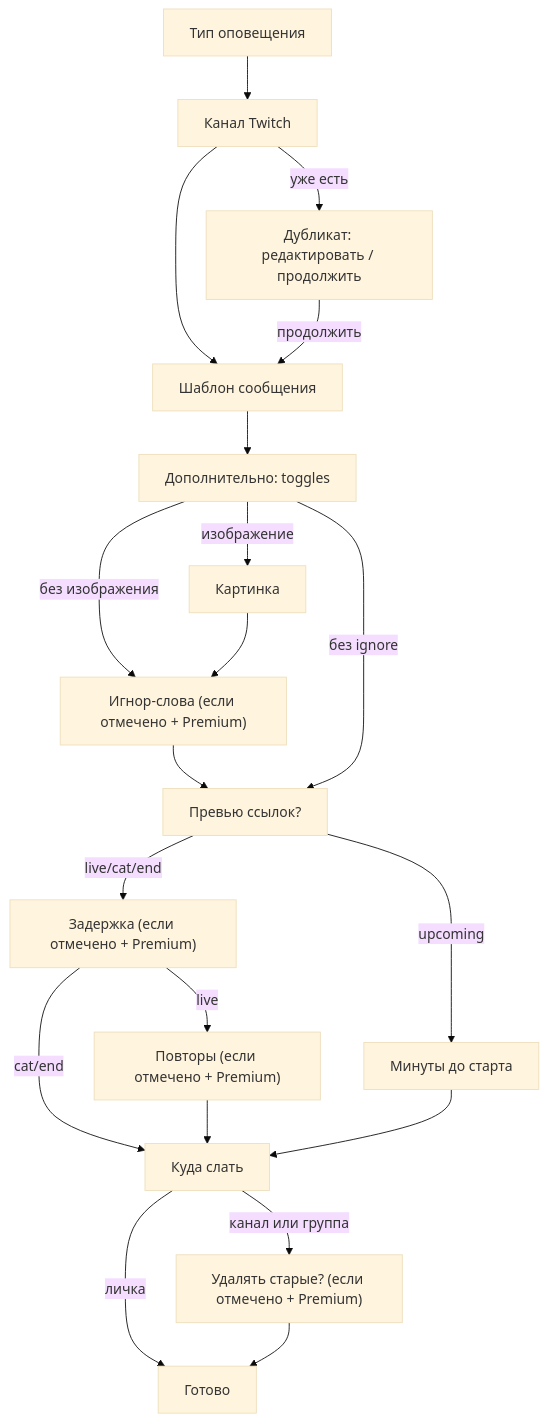
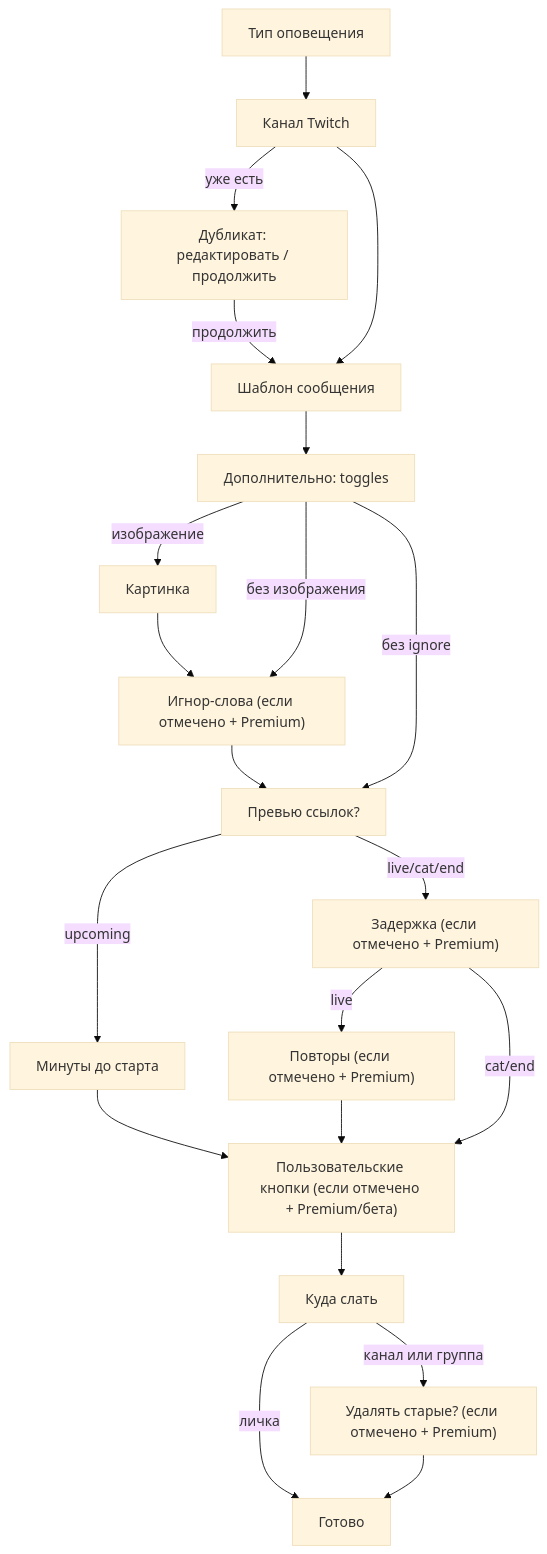
One commit to Marfa/twitch-telegram-bot changed the second of 3 diagrams in docs/user-flow-map.ru.md. Above: the diagram before and after it, drawn with Mermaid (base theme). The commit also changed other lines of this file and 21 other files, not shown here.

````diff
--- a/docs/user-flow-map.ru.md
+++ b/docs/user-flow-map.ru.md
@@ -109,22 +109,23 @@
 ```mermaid
 flowchart TD
   AT["Тип оповещения"] --> CH["Канал Twitch"]
   CH -->|уже есть| DUP["Дубликат: редактировать / продолжить"]
   CH --> TPL["Шаблон сообщения"]
   DUP -->|продолжить| TPL
   TPL --> OPT["Дополнительно: toggles"]
   OPT -->|изображение| IMG["Картинка"]
   OPT -->|без изображения| IGN["Игнор-слова (если отмечено + Premium)"]
   IMG --> IGN
   IGN --> LP["Превью ссылок?"]
   OPT -->|без ignore| LP
   LP -->|upcoming| SRM["Минуты до старта"]
   LP -->|live/cat/end| DL["Задержка (если отмечено + Premium)"]
   DL -->|live| RP["Повторы (если отмечено + Premium)"]
-  DL -->|cat/end| DEST
-  RP --> DEST["Куда слать"]
-  SRM --> DEST
+  RP --> BTN["Пользовательские кнопки (если отмечено + Premium/бета)"]
+  BTN --> DEST["Куда слать"]
+  SRM --> BTN
+  DL -->|cat/end| BTN
   DEST -->|личка| DONE["Готово"]
   DEST -->|канал или группа| DEL["Удалять старые? (если отмечено + Premium)"]
   DEL --> DONE
 ```
````
